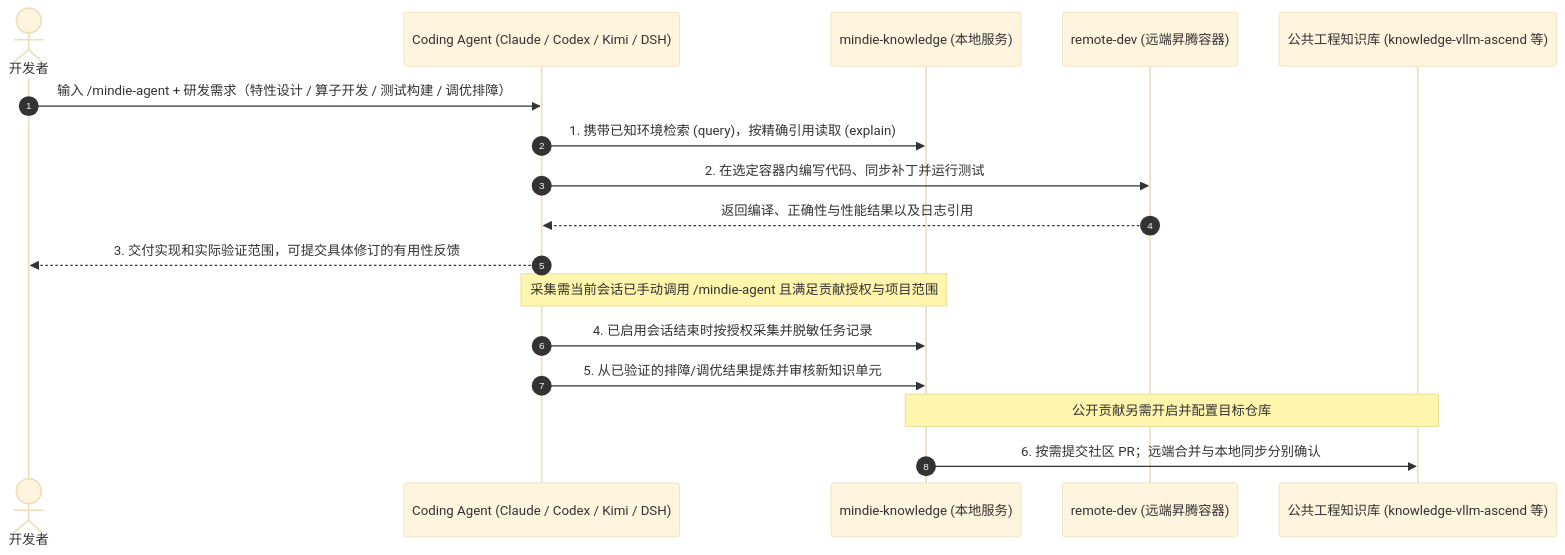
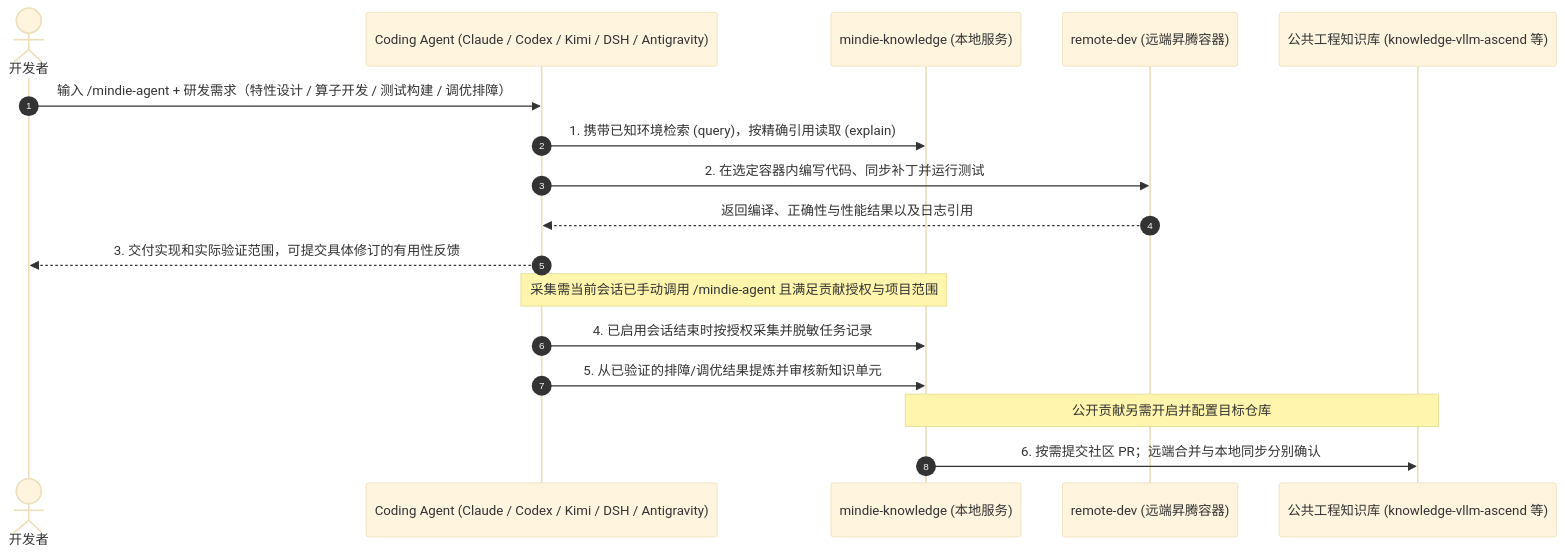
Before and after one commit to mindie-agent/mindie-agent: the second of 2 diagrams in README.md, drawn with Mermaid (base theme). The commit also changed other lines of this file and 35 other files, not shown here.

````diff
--- a/README.md
+++ b/README.md
@@ -220,20 +239,20 @@
 ```mermaid
 sequenceDiagram
   autonumber
   actor Dev as 开发者
-  participant Agent as Coding Agent (Claude / Codex / Kimi / DSH)
+  participant Agent as Coding Agent (Claude / Codex / Kimi / DSH / Antigravity)
   participant Know as mindie-knowledge (本地服务)
   participant NPU as remote-dev (远端昇腾容器)
   participant Repo as 公共工程知识库 (knowledge-vllm-ascend 等)
 
   Dev->>Agent: 输入 /mindie-agent + 研发需求（特性设计 / 算子开发 / 测试构建 / 调优排障）
   Agent->>Know: 1. 携带已知环境检索 (query)，按精确引用读取 (explain)
   Agent->>NPU: 2. 在选定容器内编写代码、同步补丁并运行测试
   NPU-->>Agent: 返回编译、正确性与性能结果以及日志引用
   Agent-->>Dev: 3. 交付实现和实际验证范围，可提交具体修订的有用性反馈
   Note over Agent,Know: 采集需当前会话已手动调用 /mindie-agent 且满足贡献授权与项目范围
   Agent->>Know: 4. 已启用会话结束时按授权采集并脱敏任务记录
   Agent->>Know: 5. 从已验证的排障/调优结果提炼并审核新知识单元
   Note over Know,Repo: 公开贡献另需开启并配置目标仓库
   Know->>Repo: 6. 按需提交社区 PR；远端合并与本地同步分别确认
 ```
````
